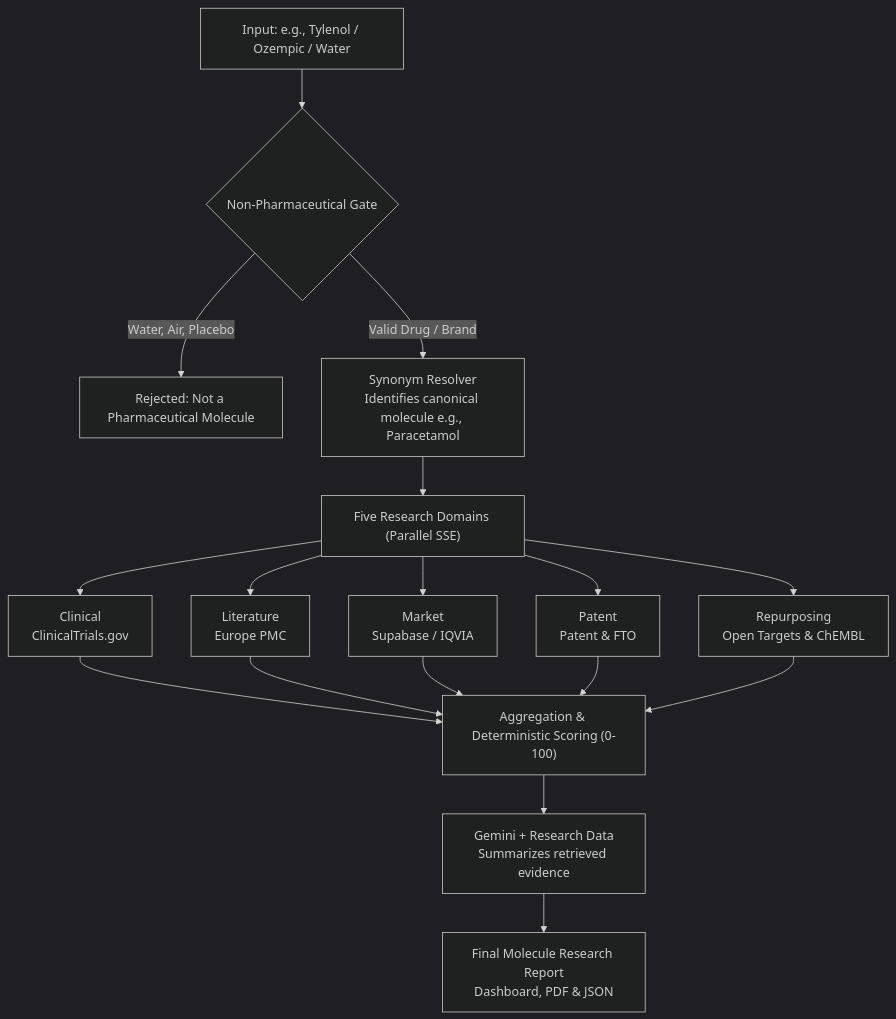
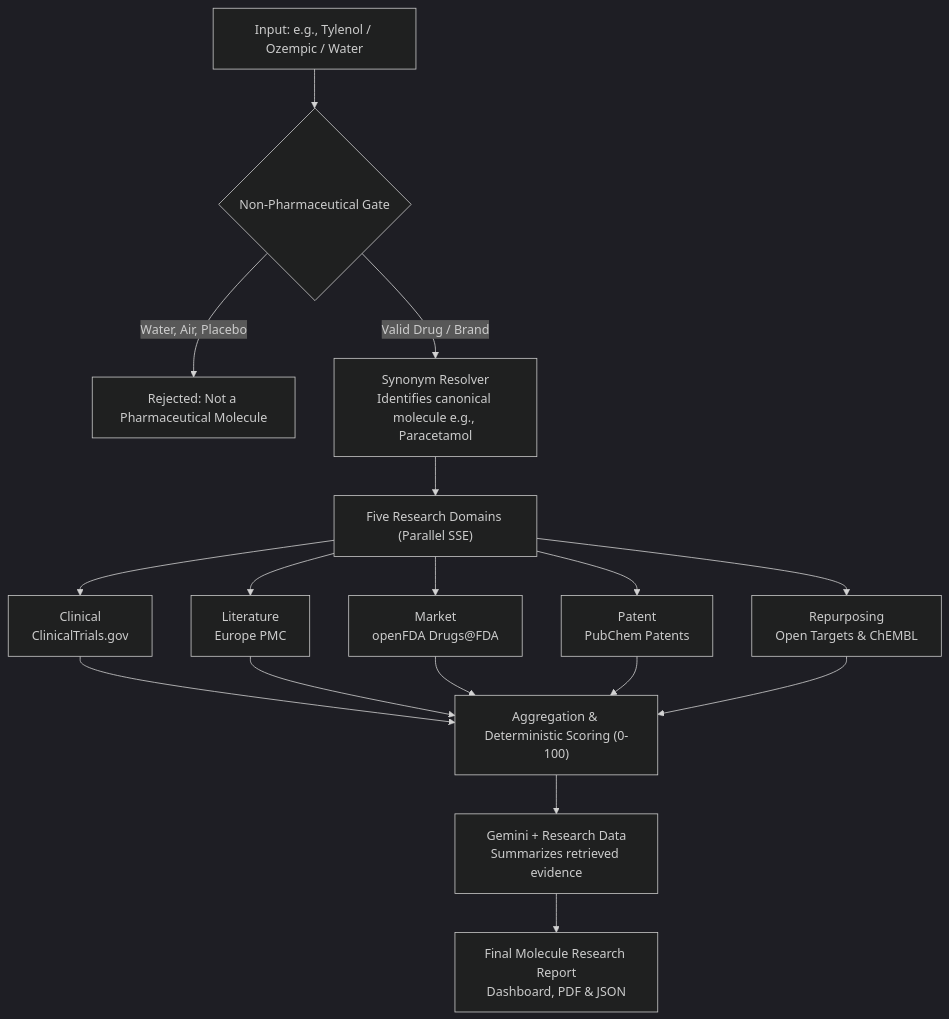
Before and after one commit to priyanshuraj20/MoleculeIq: the first of 4 diagrams in README.md, drawn with Mermaid (dark theme). The commit also changed other lines of this file and 2 other files, not shown here.

Commit message:
refactor: query live PubChem Patents and openFDA directly, keep Supabase for auth only

````diff
--- a/README.md
+++ b/README.md
@@ -43,19 +43,19 @@
 ```mermaid
 flowchart TD
     A["Input: e.g., Tylenol / Ozempic / Water"] --> B{"Non-Pharmaceutical Gate"}
     B -->|"Water, Air, Placebo"| C["Rejected: Not a Pharmaceutical Molecule"]
     B -->|"Valid Drug / Brand"| D["Synonym Resolver<br/>Identifies canonical molecule e.g., Paracetamol"]
     D --> E["Five Research Domains (Parallel SSE)"]
     E --> F["Clinical<br/>ClinicalTrials.gov"]
     E --> G["Literature<br/>Europe PMC"]
-    E --> H["Market<br/>Supabase / IQVIA"]
-    E --> I["Patent<br/>Patent & FTO"]
+    E --> H["Market<br/>openFDA Drugs@FDA"]
+    E --> I["Patent<br/>PubChem Patents"]
     E --> J["Repurposing<br/>Open Targets & ChEMBL"]
     F --> K["Aggregation & Deterministic Scoring (0-100)"]
     G --> K
     H --> K
     I --> K
     J --> K
     K --> L["Gemini + Research Data<br/>Summarizes retrieved evidence"]
     L --> M["Final Molecule Research Report<br/>Dashboard, PDF & JSON"]
 ```
````
